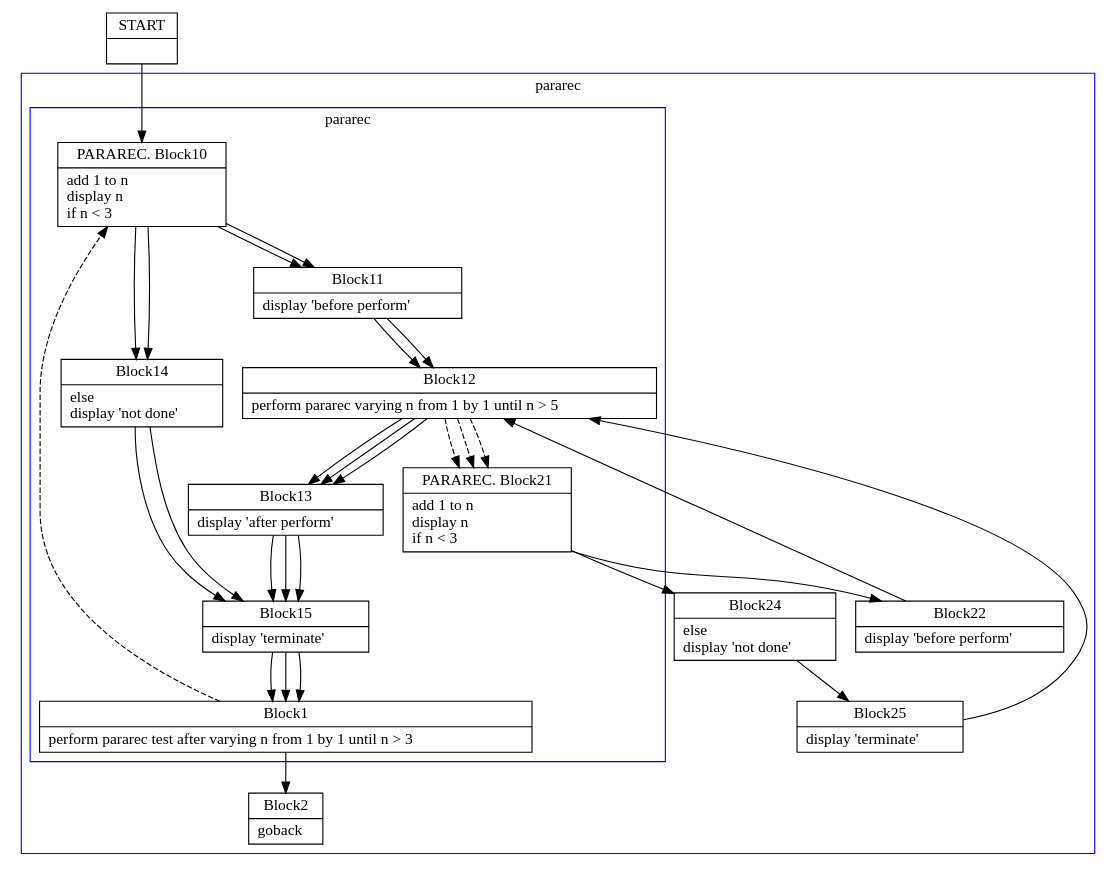
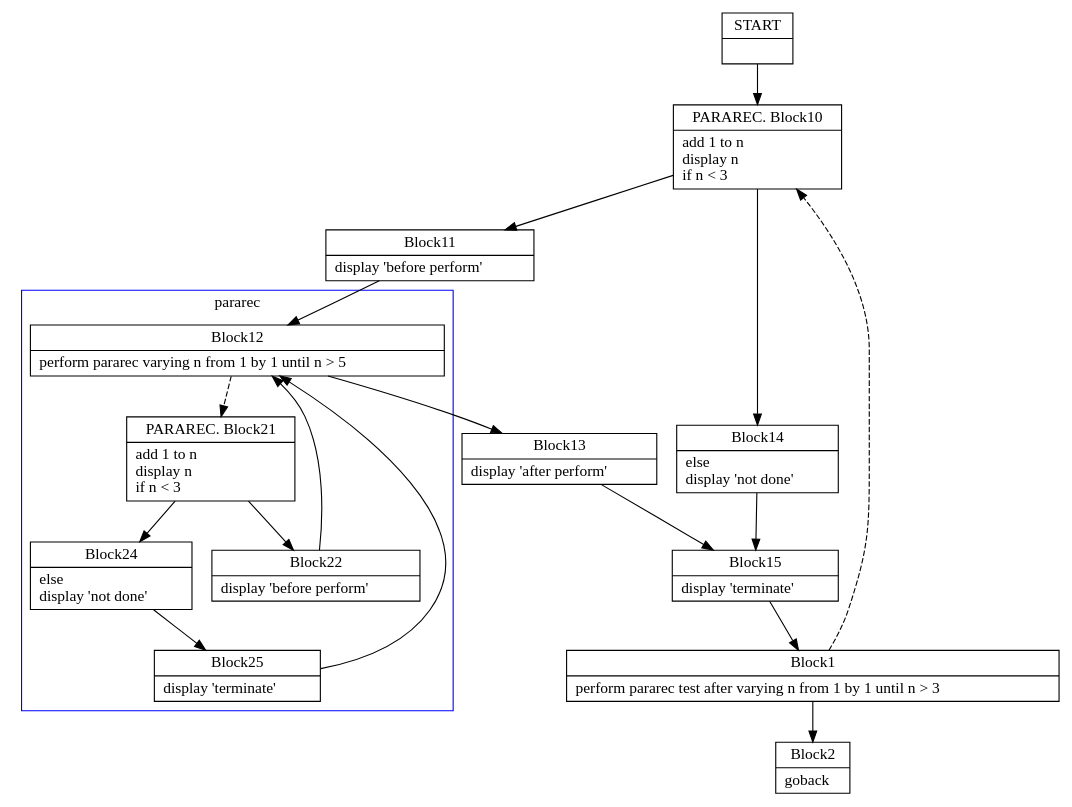
One commit to TypeCobolTeam/TypeCobol changed the diagram in TypeCobol.Analysis.Test/BasicCfgInstrs/PerformProcIterativeAfterRecursive0.dot. Above: the diagram before and after it, drawn with Graphviz. The commit also changed 12 other files, not shown here.

First line of the commit message:
WI #1268 Avoid duplicate outgoing edges in recursive graphs

```diff
--- a/TypeCobol.Analysis.Test/BasicCfgInstrs/PerformProcIterativeAfterRecursive0.dot
+++ b/TypeCobol.Analysis.Test/BasicCfgInstrs/PerformProcIterativeAfterRecursive0.dot
@@ -1,119 +1,78 @@
 digraph Cfg {
 compound=true;
 node [
 shape = "record"
 ]
 
 edge [
 arrowtail = "empty"
 ]
 Block0 [
 label = "{START|}"
 ]
 Block10 [
 label = "{PARAREC. Block10|    add 1 to n\l    display n\l    if n \< 3\l}"
 ]
 Block11 [
 label = "{Block11|       display 'before perform'\l}"
 ]
 Block12 [
 label = "{Block12|       perform pararec  varying n from 1 by 1 until n \> 5\l}"
 ]
 subgraph cluster_2{
 color = blue;
 label = "pararec";
 Block21 [
 label = "{PARAREC. Block21|    add 1 to n\l    display n\l    if n \< 3\l}"
 ]
 Block22 [
 label = "{Block22|       display 'before perform'\l}"
 ]
-Block12 [
-label = "{Block12|       perform pararec  varying n from 1 by 1 until n \> 5\l}"
+Block24 [
+label = "{Block24|    else\l       display 'not done'\l}"
 ]
+Block25 [
+label = "{Block25|    display 'terminate'\l}"
+]
+Block21 -> Block22
+Block21 -> Block24
+Block22 -> Block12
+Block24 -> Block25
+Block25 -> Block12
+
+}
 Block12 -> Block21 [style=dashed]
 
 Block13 [
 label = "{Block13|       display 'after perform'\l}"
 ]
 Block15 [
 label = "{Block15|    display 'terminate'\l}"
 ]
 Block1 [
 label = "{Block1|    perform pararec test after varying n from 1 by 1 until n \> 3\l}"
 ]
 subgraph cluster_1{
 color = blue;
 label = "pararec";
-Block10 [
-label = "{PARAREC. Block10|    add 1 to n\l    display n\l    if n \< 3\l}"
-]
-Block11 [
-label = "{Block11|       display 'before perform'\l}"
-]
-Block12 [
-label = "{Block12|       perform pararec  varying n from 1 by 1 until n \> 5\l}"
-]
-Block12 -> Block21 [style=dashed]
-
-Block13 [
-label = "{Block13|       display 'after perform'\l}"
-]
-Block15 [
-label = "{Block15|    display 'terminate'\l}"
-]
-Block14 [
-label = "{Block14|    else\l       display 'not done'\l}"
-]
-Block10 -> Block11
-Block10 -> Block14
-Block11 -> Block12
-Block12 -> Block13
-Block13 -> Block15
-Block15 -> Block1
-Block14 -> Block15
 
 }
 Block1 -> Block10 [style=dashed]
 
 Block2 [
 label = "{Block2|    goback\l}"
-]
-Block24 [
-label = "{Block24|    else\l       display 'not done'\l}"
-]
-Block25 [
-label = "{Block25|    display 'terminate'\l}"
-]
-Block21 -> Block22
-Block21 -> Block24
-Block22 -> Block12
-Block12 -> Block13
-Block13 -> Block15
-Block15 -> Block1
-Block1 -> Block2
-Block24 -> Block25
-Block25 -> Block12
-
-}
-Block12 -> Block21 [style=dashed]
-
-Block13 [
-label = "{Block13|       display 'after perform'\l}"
-]
-Block15 [
-label = "{Block15|    display 'terminate'\l}"
 ]
 Block14 [
 label = "{Block14|    else\l       display 'not done'\l}"
 ]
 Block0 -> Block10
 Block10 -> Block11
 Block10 -> Block14
 Block11 -> Block12
 Block12 -> Block13
 Block13 -> Block15
 Block15 -> Block1
+Block1 -> Block2
 Block14 -> Block15
 
 }
```
